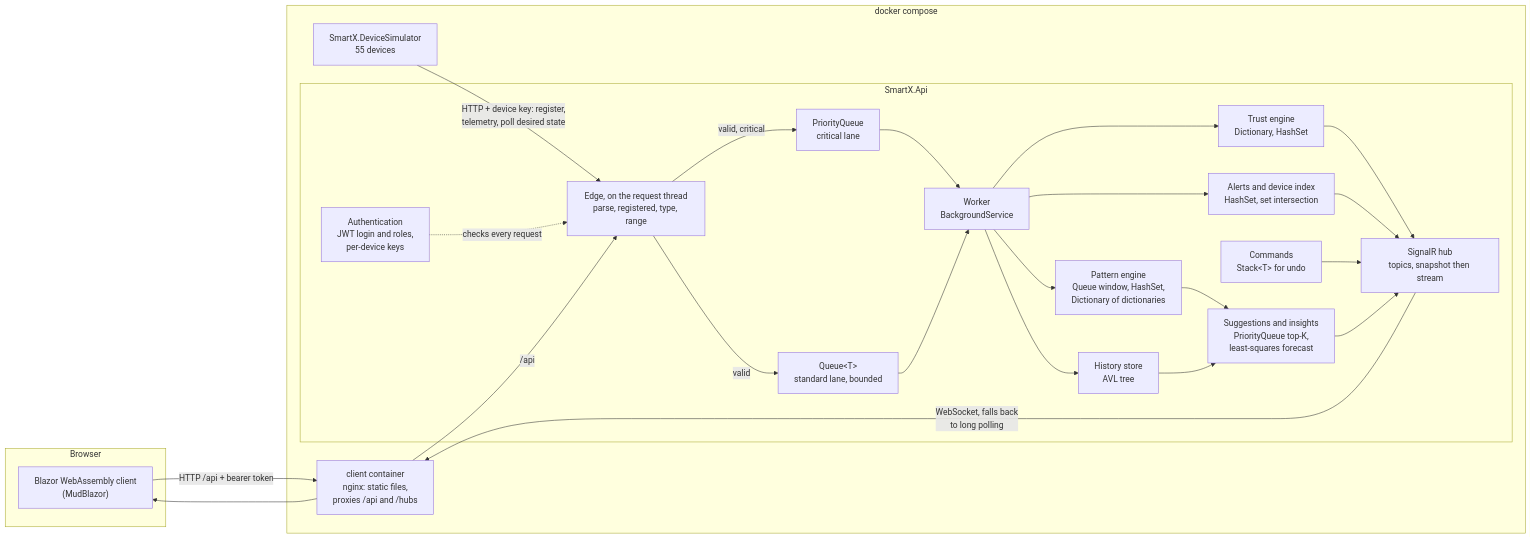
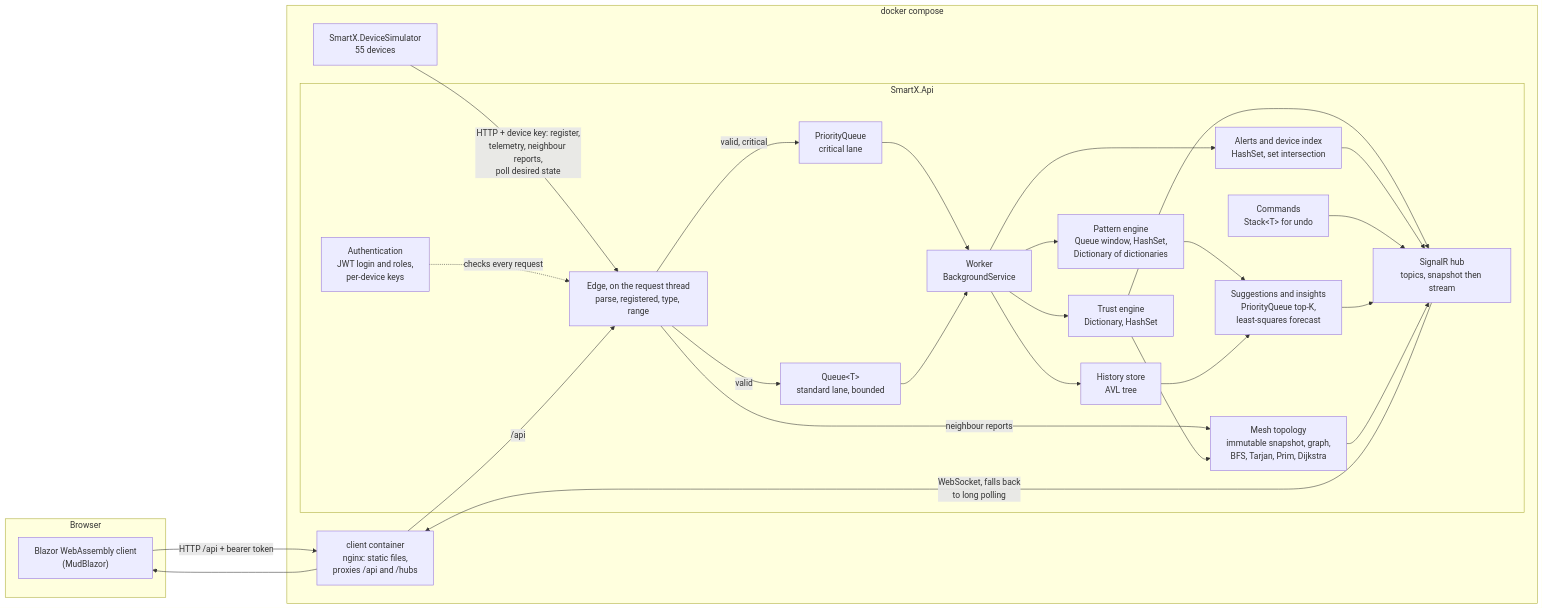
Before and after one commit to UsmarTayler/smartx-poe: the diagram in README.md, drawn with Mermaid. The commit also changed other lines of this file, not shown here.

Commit message:
docs(readme): write the Part 3 section on the tree and graph structures

````diff
--- a/README.md
+++ b/README.md
@@ -27,47 +28,51 @@
 ```mermaid
 flowchart LR
     subgraph Browser
         UI["Blazor WebAssembly client<br/>(MudBlazor)"]
     end
 
     subgraph Compose["docker compose"]
         NGINX["client container<br/>nginx: static files,<br/>proxies /api and /hubs"]
         SIM["SmartX.DeviceSimulator<br/>55 devices"]
 
         subgraph API["SmartX.Api"]
             AUTH["Authentication<br/>JWT login and roles,<br/>per-device keys"]
             EDGE["Edge, on the request thread<br/>parse, registered, type, range"]
             STD["Queue#lt;T#gt;<br/>standard lane, bounded"]
             CRIT["PriorityQueue<br/>critical lane"]
             WORK["Worker<br/>BackgroundService"]
             TRUST["Trust engine<br/>Dictionary, HashSet"]
             HIST["History store<br/>AVL tree"]
+            MESH["Mesh topology<br/>immutable snapshot, graph,<br/>BFS, Tarjan, Prim, Dijkstra"]
             ALERT["Alerts and device index<br/>HashSet, set intersection"]
             CMD["Commands<br/>Stack#lt;T#gt; for undo"]
             PAT["Pattern engine<br/>Queue window, HashSet,<br/>Dictionary of dictionaries"]
             SUG["Suggestions and insights<br/>PriorityQueue top-K,<br/>least-squares forecast"]
             HUB["SignalR hub<br/>topics, snapshot then stream"]
         end
     end
 
-    SIM -- "HTTP + device key: register,<br/>telemetry, poll desired state" --> EDGE
+    SIM -- "HTTP + device key: register,<br/>telemetry, neighbour reports,<br/>poll desired state" --> EDGE
     UI -- "HTTP /api + bearer token" --> NGINX
     AUTH -. "checks every request" .-> EDGE
     NGINX -- "/api" --> EDGE
     EDGE -- "valid, critical" --> CRIT
     EDGE -- "valid" --> STD
     CRIT --> WORK
     STD --> WORK
     WORK --> TRUST
     WORK --> HIST
     WORK --> ALERT
     WORK --> PAT
     PAT --> SUG
     HIST --> SUG
     TRUST --> HUB
     ALERT --> HUB
     CMD --> HUB
     SUG --> HUB
+    EDGE -- "neighbour reports" --> MESH
+    TRUST --> MESH
+    MESH --> HUB
     HUB -- "WebSocket, falls back<br/>to long polling" --> NGINX
     NGINX --> UI
 ```
````
